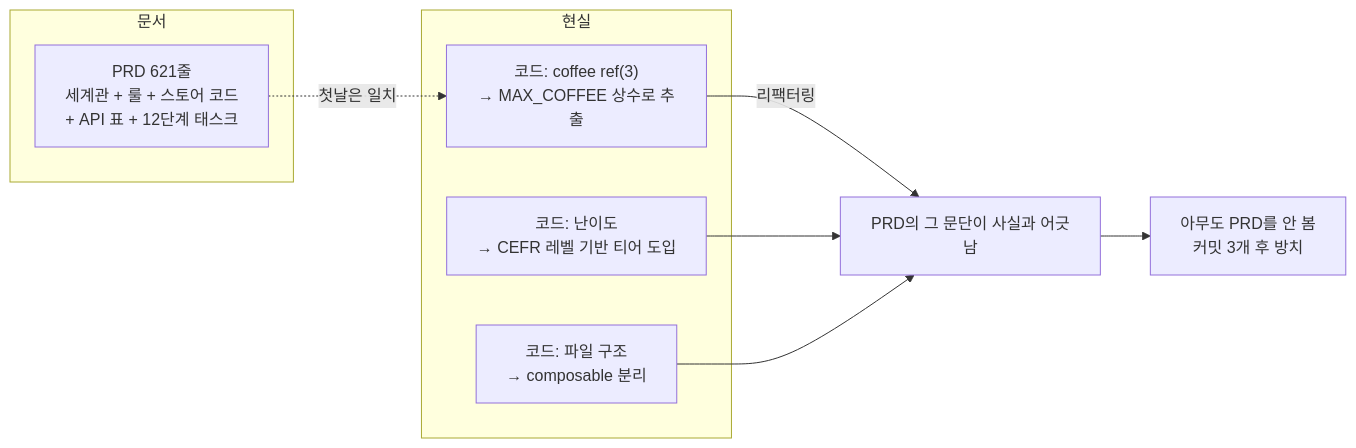
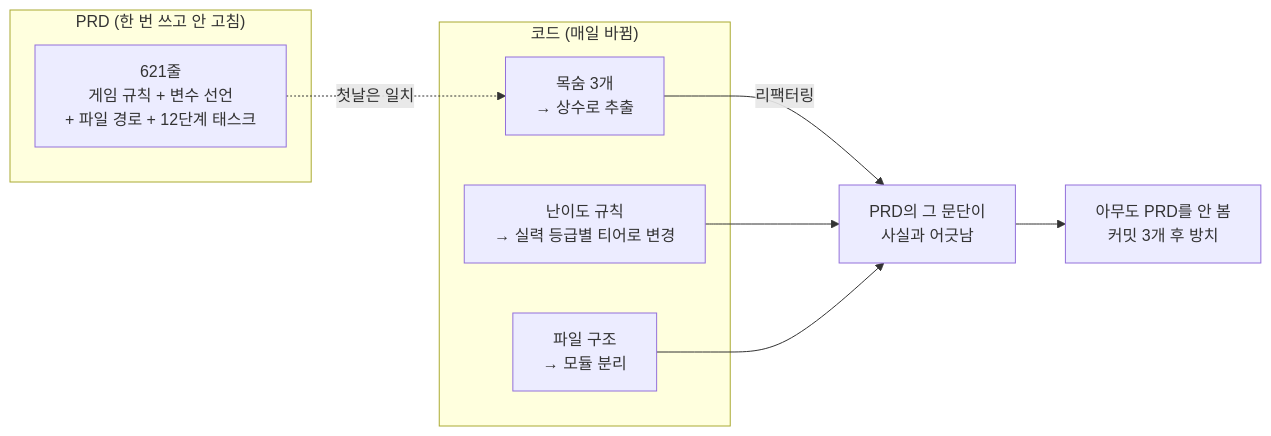
Before and after one commit to haandol/haandol.github.com: the second of 11 diagrams in _posts/2026-07-25-alps-adr-abstraction-boundaries.md, drawn with Mermaid. The commit also changed other lines of this file and 2 other files, not shown here.

````diff
--- a/_posts/2026-07-25-alps-adr-abstraction-boundaries.md
+++ b/_posts/2026-07-25-alps-adr-abstraction-boundaries.md
@@ -128,16 +155,16 @@
 ```mermaid
 flowchart LR
-    subgraph 문서
-        P["PRD 621줄<br/>세계관 + 룰 + 스토어 코드<br/>+ API 표 + 12단계 태스크"]
+    subgraph 문서["PRD (한 번 쓰고 안 고침)"]
+        P["621줄<br/>게임 규칙 + 변수 선언<br/>+ 파일 경로 + 12단계 태스크"]
     end
-    subgraph 현실
-        C1["코드: coffee ref(3)<br/>→ MAX_COFFEE 상수로 추출"]
-        C2["코드: 난이도<br/>→ CEFR 레벨 기반 티어 도입"]
-        C3["코드: 파일 구조<br/>→ composable 분리"]
+    subgraph 현실["코드 (매일 바뀜)"]
+        C1["목숨 3개<br/>→ 상수로 추출"]
+        C2["난이도 규칙<br/>→ 실력 등급별 티어로 변경"]
+        C3["파일 구조<br/>→ 모듈 분리"]
     end
     P -.->|"첫날은 일치"| C1
-    C1 -->|"리팩터링"| X["PRD의 그 문단이 사실과 어긋남"]
+    C1 -->|"리팩터링"| X["PRD의 그 문단이<br/>사실과 어긋남"]
     C2 --> X
     C3 --> X
     X --> D["아무도 PRD를 안 봄<br/>커밋 3개 후 방치"]
 ```
````
